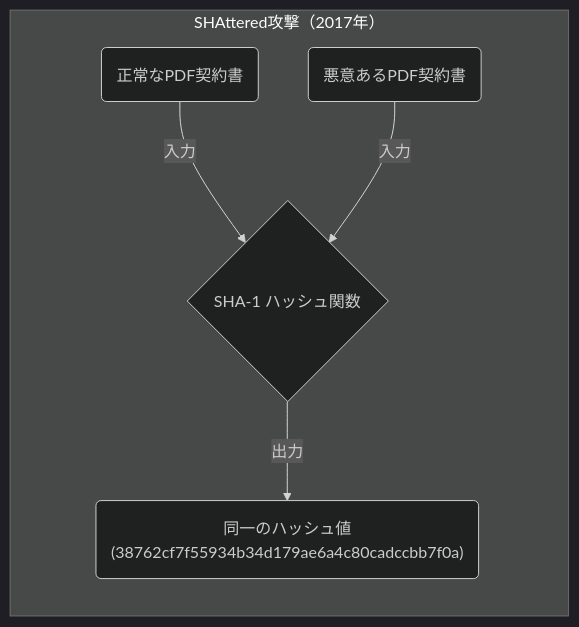
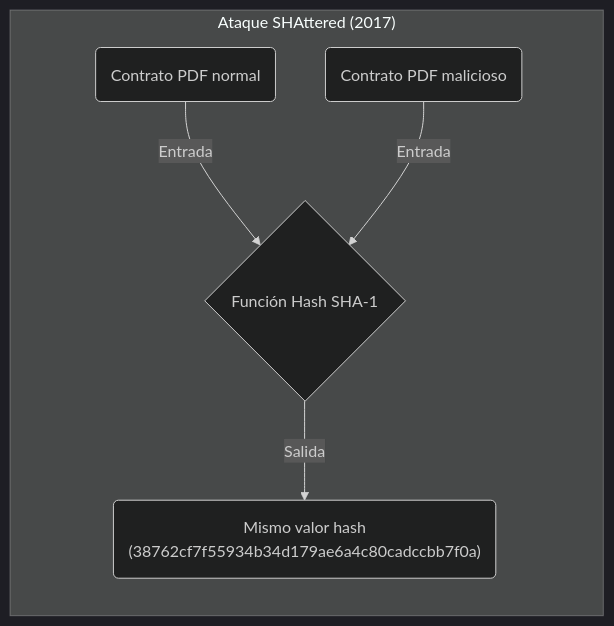
The second of 3 diagrams in content/post/pigeonhole-principle-hash-collision/index.es.md (kenjinote/blog), drawn with Mermaid (dark theme) before and after one commit. The commit also changed other lines of this file and 28 other files, not shown here.

Commit message:
Translate Japanese text inside Mermaid diagrams to respective languages

````diff
--- a/content/post/pigeonhole-principle-hash-collision/index.es.md
+++ b/content/post/pigeonhole-principle-hash-collision/index.es.md
@@ -149,13 +149,13 @@
 ```mermaid
 graph LR
-    subgraph "SHAttered攻撃（2017年）"
-        F1("正常なPDF契約書")
-        F2("悪意あるPDF契約書")
-        H{"SHA-1 ハッシュ関数"}
-        V("同一のハッシュ値\n(38762cf7f55934b34d179ae6a4c80cadccbb7f0a)")
+    subgraph "Ataque SHAttered (2017)"
+        F1("Contrato PDF normal")
+        F2("Contrato PDF malicioso")
+        H{"Función Hash SHA-1"}
+        V("Mismo valor hash\n(38762cf7f55934b34d179ae6a4c80cadccbb7f0a)")
     end
 
-    F1 -->|"入力"| H
-    F2 -->|"入力"| H
-    H -->|"出力"| V
+    F1 -->|"Entrada"| H
+    F2 -->|"Entrada"| H
+    H -->|"Salida"| V
 ```
````
